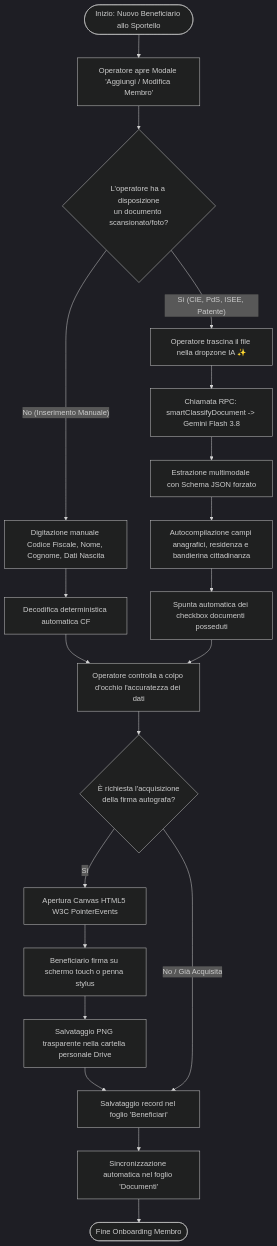
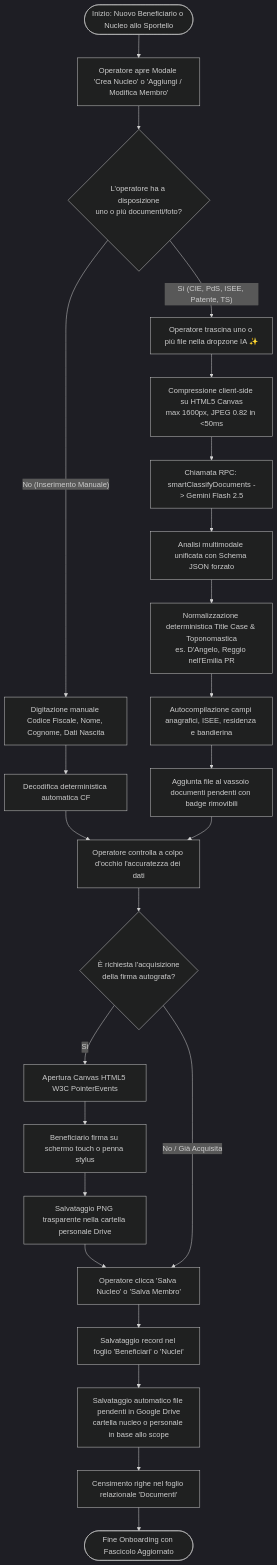
Before and after one commit to La-Bussola-dell-Abitare/gas-webapp: the fourth of 5 diagrams in docs/uml_attivita.md, drawn with Mermaid (dark theme). The commit also changed other lines of this file and 18 other files, not shown here.

Commit message:
feat: multi-file AI document upload, canvas compression, title case normalization, and drive archiving

````diff
--- a/docs/uml_attivita.md
+++ b/docs/uml_attivita.md
@@ -134,29 +134,33 @@
 ```mermaid
 flowchart TD
-    Start([Inizio: Nuovo Beneficiario allo Sportello]) --> OpenModal[Operatore apre Modale 'Aggiungi / Modifica Membro']
-    OpenModal --> Choice{L'operatore ha a disposizione<br/>un documento scansionato/foto?}
+    Start([Inizio: Nuovo Beneficiario o Nucleo allo Sportello]) --> OpenModal[Operatore apre Modale 'Crea Nucleo' o 'Aggiungi / Modifica Membro']
+    OpenModal --> Choice{L'operatore ha a disposizione<br/>uno o più documenti/foto?}
     
     %% Flusso Manuale
     Choice -- "No (Inserimento Manuale)" --> ManualInput[Digitazione manuale Codice Fiscale, Nome, Cognome, Dati Nascita]
     ManualInput --> DecodeCF[Decodifica deterministica automatica CF]
     
     %% Flusso con IA
-    Choice -- "Sì (CIE, PdS, ISEE, Patente)" --> DragDrop[Operatore trascina il file nella dropzone IA ✨]
-    DragDrop --> CallGemini[Chiamata RPC: smartClassifyDocument -> Gemini Flash 3.8]
-    CallGemini --> ParseJSON[Estrazione multimodale con Schema JSON forzato]
-    ParseJSON --> Autofill[Autocompilazione campi anagrafici, residenza e bandierina cittadinanza]
-    Autofill --> AutoCheck[Spunta automatica dei checkbox documenti posseduti]
+    Choice -- "Sì (CIE, PdS, ISEE, Patente, TS)" --> DragDrop[Operatore trascina uno o più file nella dropzone IA ✨]
+    DragDrop --> Compress[Compressione client-side su HTML5 Canvas<br/>max 1600px, JPEG 0.82 in <50ms]
+    Compress --> CallGemini[Chiamata RPC: smartClassifyDocuments -> Gemini Flash 2.5]
+    CallGemini --> BatchVision[Analisi multimodale unificata con Schema JSON forzato]
+    BatchVision --> Normalize[Normalizzazione deterministica Title Case & Toponomastica<br/>es. D'Angelo, Reggio nell'Emilia PR]
+    Normalize --> Autofill[Autocompilazione campi anagrafici, ISEE, residenza e bandierina]
+    Autofill --> AddQueue[Aggiunta file al vassoio documenti pendenti con badge rimovibili]
     
     DecodeCF --> CheckData
-    AutoCheck --> CheckData[Operatore controlla a colpo d'occhio l'accuratezza dei dati]
+    AddQueue --> CheckData[Operatore controlla a colpo d'occhio l'accuratezza dei dati]
     
     CheckData --> SignRequired{È richiesta l'acquisizione<br/>della firma autografa?}
     SignRequired -- "Sì" --> OpenCanvas[Apertura Canvas HTML5 W3C PointerEvents]
     OpenCanvas --> SignDraw[Beneficiario firma su schermo touch o penna stylus]
     SignDraw --> SaveSig[Salvataggio PNG trasparente nella cartella personale Drive]
-    SaveSig --> SaveMember
-    SignRequired -- "No / Già Acquisita" --> SaveMember
+    SaveSig --> SaveAction
+    SignRequired -- "No / Già Acquisita" --> SaveAction
     
-    SaveMember[Salvataggio record nel foglio 'Beneficiari'] --> SyncDoc[Sincronizzazione automatica nel foglio 'Documenti']
-    SyncDoc --> End([Fine Onboarding Membro])
+    SaveAction[Operatore clicca 'Salva Nucleo' o 'Salva Membro'] --> SaveRecord[Salvataggio record nel foglio 'Beneficiari' o 'Nuclei']
+    SaveRecord --> UploadDrive[Salvataggio automatico file pendenti in Google Drive<br/>cartella nucleo o personale in base allo scope]
+    UploadDrive --> SyncDoc[Censimento righe nel foglio relazionale 'Documenti']
+    SyncDoc --> End([Fine Onboarding con Fascicolo Aggiornato])
 ```
````
